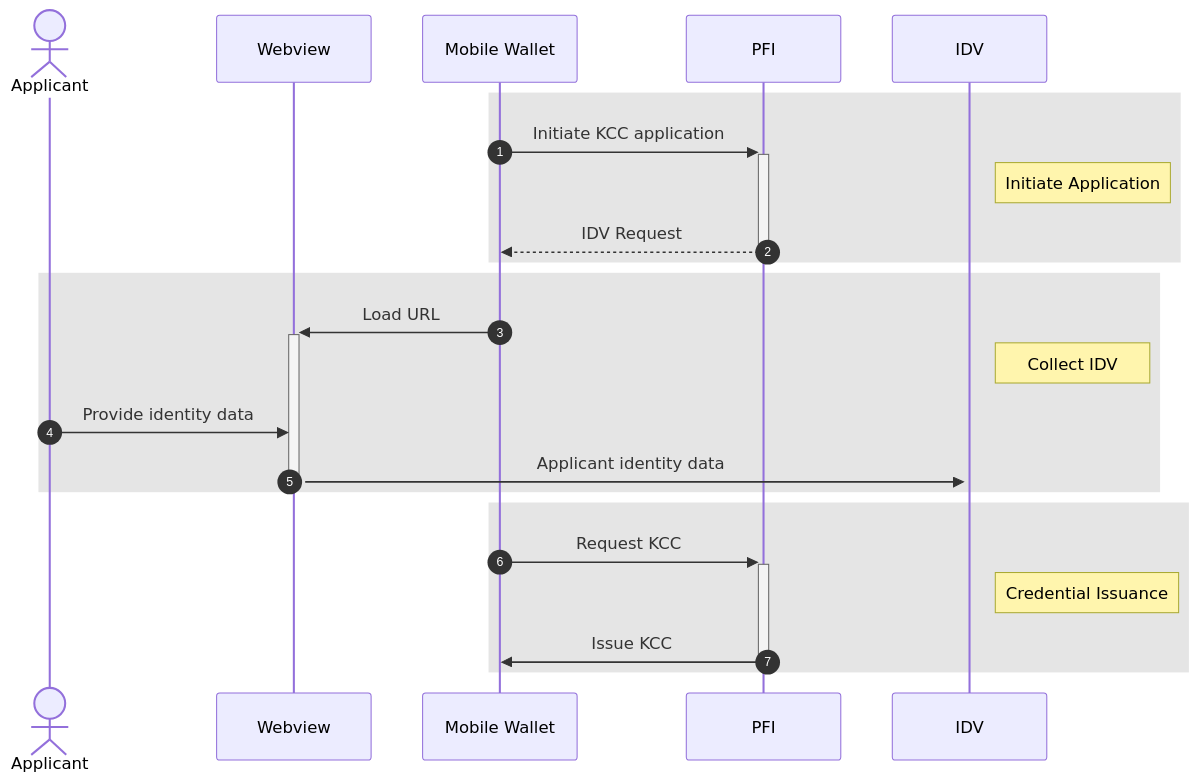
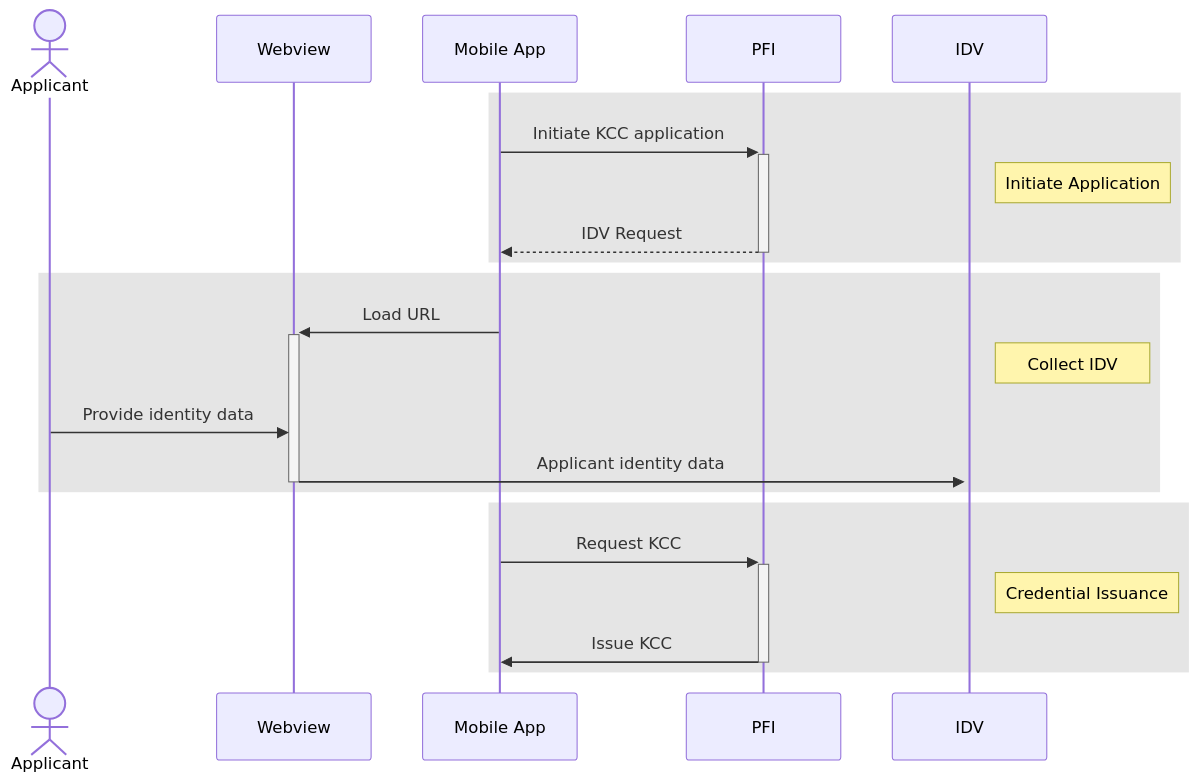
Before and after one commit to TBD54566975/known-customer-credential: the first of 6 diagrams in README.md, drawn with Mermaid. The commit also changed other lines of this file, not shown here.

Commit message:
Context for multiple KCC types. Use Mobile App not Mobile Wallet

````diff
--- a/README.md
+++ b/README.md
@@ -195,28 +201,27 @@
 ```mermaid
 sequenceDiagram
-autonumber
 
 actor A as Applicant
 participant W as Webview
-participant D as Mobile Wallet
+participant D as Mobile App
 participant P as PFI
 participant I as IDV
 
 rect rgba(0, 0, 0, 0.1)
     D->>+P: Initiate KCC application
     Note right of I: Initiate Application
     P-->>-D: IDV Request
 end
 rect rgba(0, 0, 0, 0.1)
     D->>+W: Load URL
     Note right of I: Collect IDV
     A->>W: Provide identity data
     W->>+I: Applicant identity data
     deactivate W
 end
 rect rgba(0, 0, 0, 0.1)
     D->>+P: Request KCC
     Note right of I: Credential Issuance
     P->>-D: Issue KCC
 end
 ```
````
